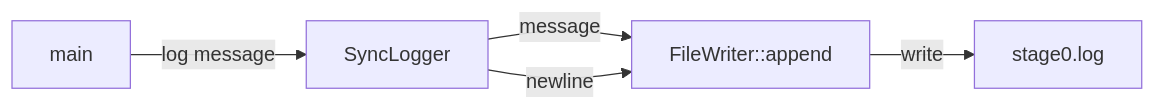
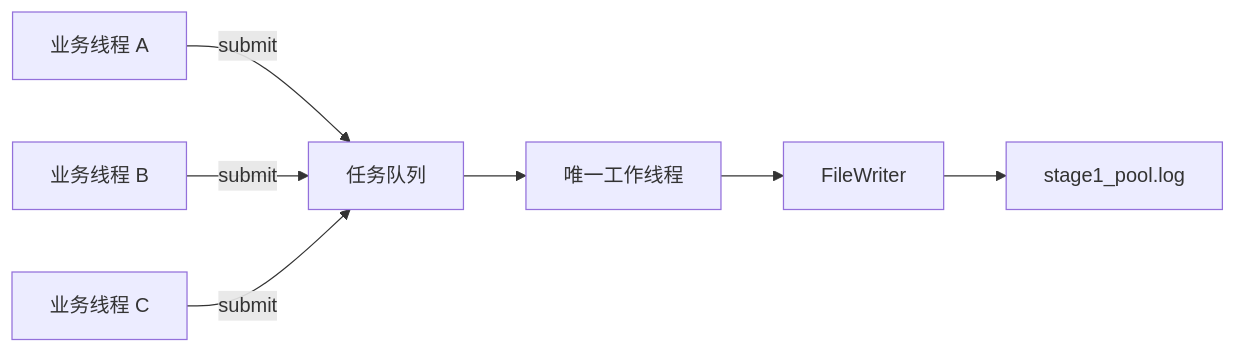
The diagram in README.md (Morant0/AsyncLogging), drawn with Mermaid before and after one commit. The commit also changed other lines of this file and 2 other files, not shown here.

Commit message:
feat: add single-worker async logging stage

````diff
--- a/README.md
+++ b/README.md
@@ -22,7 +41,9 @@
 ```mermaid
 flowchart LR
-    A[main] -->|log message| B[SyncLogger]
-    B -->|message| C[FileWriter::append]
-    B -->|newline| C
-    C -->|write| D[stage0.log]
+    P1[业务线程 A] -->|submit| Q[任务队列]
+    P2[业务线程 B] -->|submit| Q
+    P3[业务线程 C] -->|submit| Q
+    Q --> W[唯一工作线程]
+    W --> F[FileWriter]
+    F --> L[stage1_pool.log]
 ```
````
